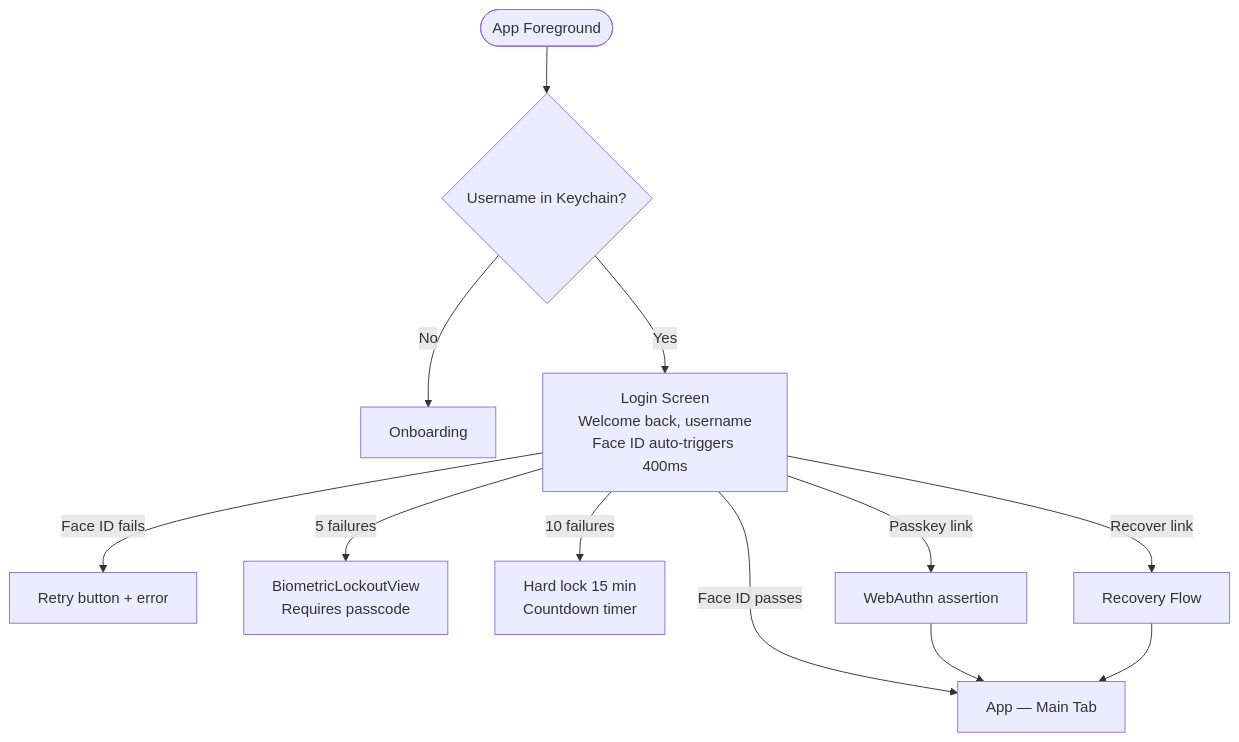
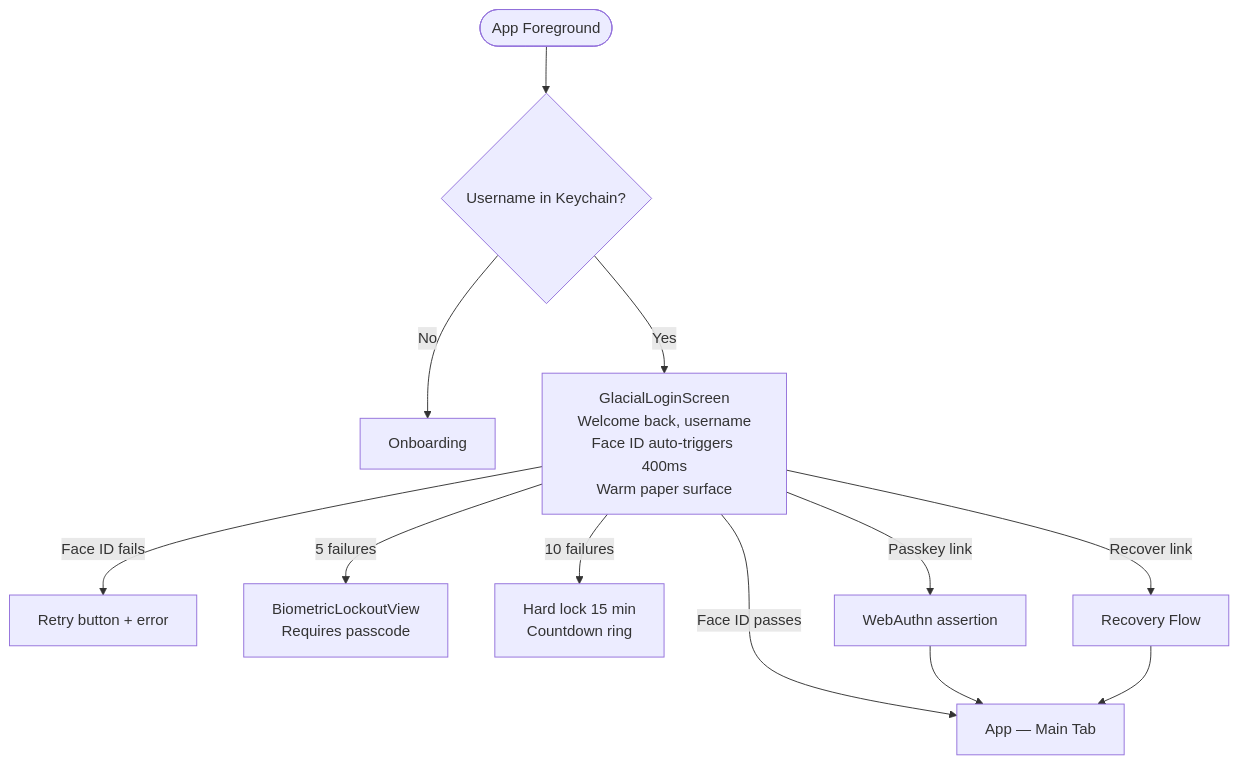
The second of 5 diagrams in docs/ux-spec.md (c1cromwell/echoapp), drawn with Mermaid before and after one commit. The commit also changed other lines of this file, not shown here.

````diff
--- a/docs/ux-spec.md
+++ b/docs/ux-spec.md
@@ -40,14 +43,14 @@
 ```mermaid
 flowchart TD
     A([App Foreground]) --> B{Username in Keychain?}
     B -- No --> ONB[Onboarding]
-    B -- Yes --> C[Login Screen\nWelcome back, username\nFace ID auto-triggers 400ms]
+    B -- Yes --> C[GlacialLoginScreen\nWelcome back, username\nFace ID auto-triggers 400ms\nWarm paper surface]
     C -- Face ID passes --> D[App — Main Tab]
     C -- Face ID fails --> E[Retry button + error]
     C -- 5 failures --> F[BiometricLockoutView\nRequires passcode]
-    C -- 10 failures --> G[Hard lock 15 min\nCountdown timer]
+    C -- 10 failures --> G[Hard lock 15 min\nCountdown ring]
     C -- Passkey link --> H[WebAuthn assertion]
     C -- Recover link --> I[Recovery Flow]
     H --> D
     I --> D
 ```
````
